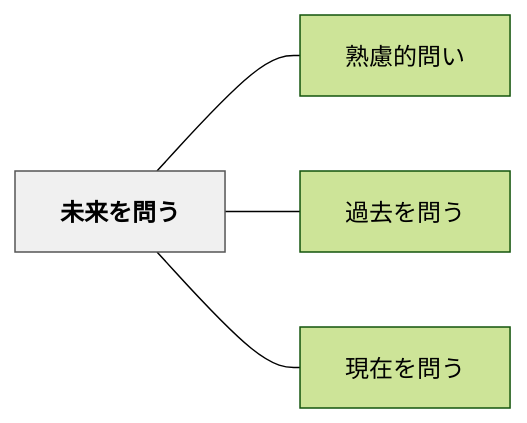
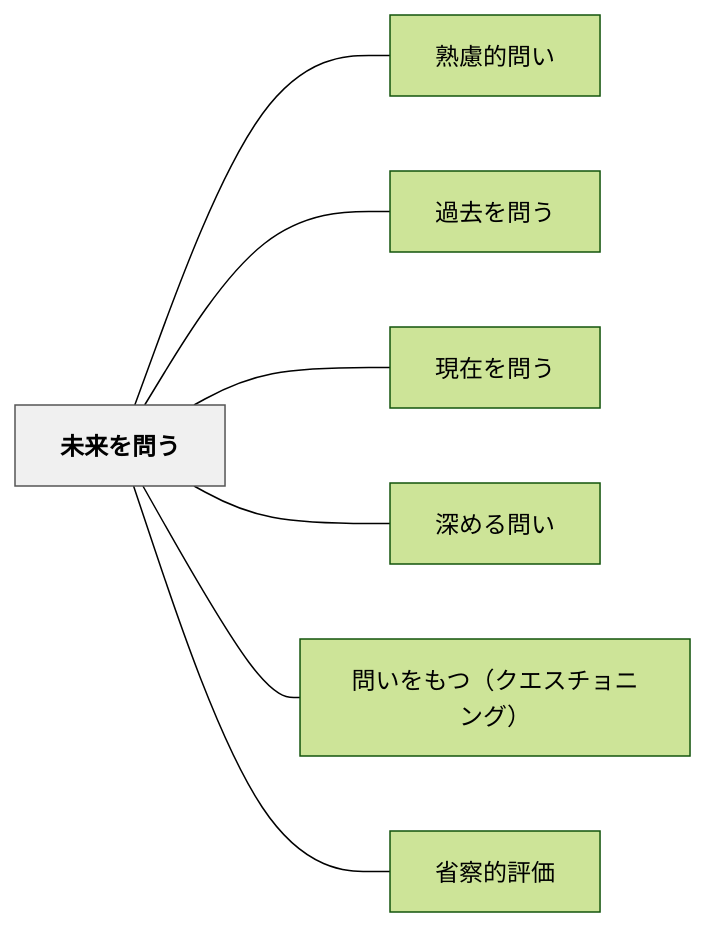
Before and after one commit to unknownthings-ed-patterns/unknownthings-ed-patterns: the diagram in content/パタン/未来を問う.md, drawn with Mermaid (forest theme). The commit also changed other lines of this file and 71 other files, not shown here.

````diff
--- a/content/パタン/未来を問う.md
+++ b/content/パタン/未来を問う.md
@@ -40,14 +43,20 @@
 ```mermaid
 flowchart LR
     ne69caae69da5e38292e5958fe38186["未来を問う"]
     ne7869fe685aee79a84e5958fe38184["熟慮的問い"]
     ne9818ee58ebbe38292e5958fe38186["過去を問う"]
     ne78fbee59ca8e38292e5958fe38186["現在を問う"]
+    ne6b7b1e38281e3828be5958fe38184["深める問い"]
+    ne5958fe38184e38292e38282e381a4efbc88e382afe382a8e382b9e38381e383a7e3838be383b3e382b0efbc89["問いをもつ（クエスチョニング）"]
+    ne79c81e5af9fe79a84e8a995e4bea1["省察的評価"]
 
     ne69caae69da5e38292e5958fe38186 --- ne7869fe685aee79a84e5958fe38184
     ne69caae69da5e38292e5958fe38186 --- ne9818ee58ebbe38292e5958fe38186
     ne69caae69da5e38292e5958fe38186 --- ne78fbee59ca8e38292e5958fe38186
+    ne69caae69da5e38292e5958fe38186 --- ne6b7b1e38281e3828be5958fe38184
+    ne69caae69da5e38292e5958fe38186 --- ne5958fe38184e38292e38282e381a4efbc88e382afe382a8e382b9e38381e383a7e3838be383b3e382b0efbc89
+    ne69caae69da5e38292e5958fe38186 --- ne79c81e5af9fe79a84e8a995e4bea1
 
     classDef hub fill:#f0f0f0,stroke:#555,color:#000,font-weight:bold
     class ne69caae69da5e38292e5958fe38186 hub
 ```
````
